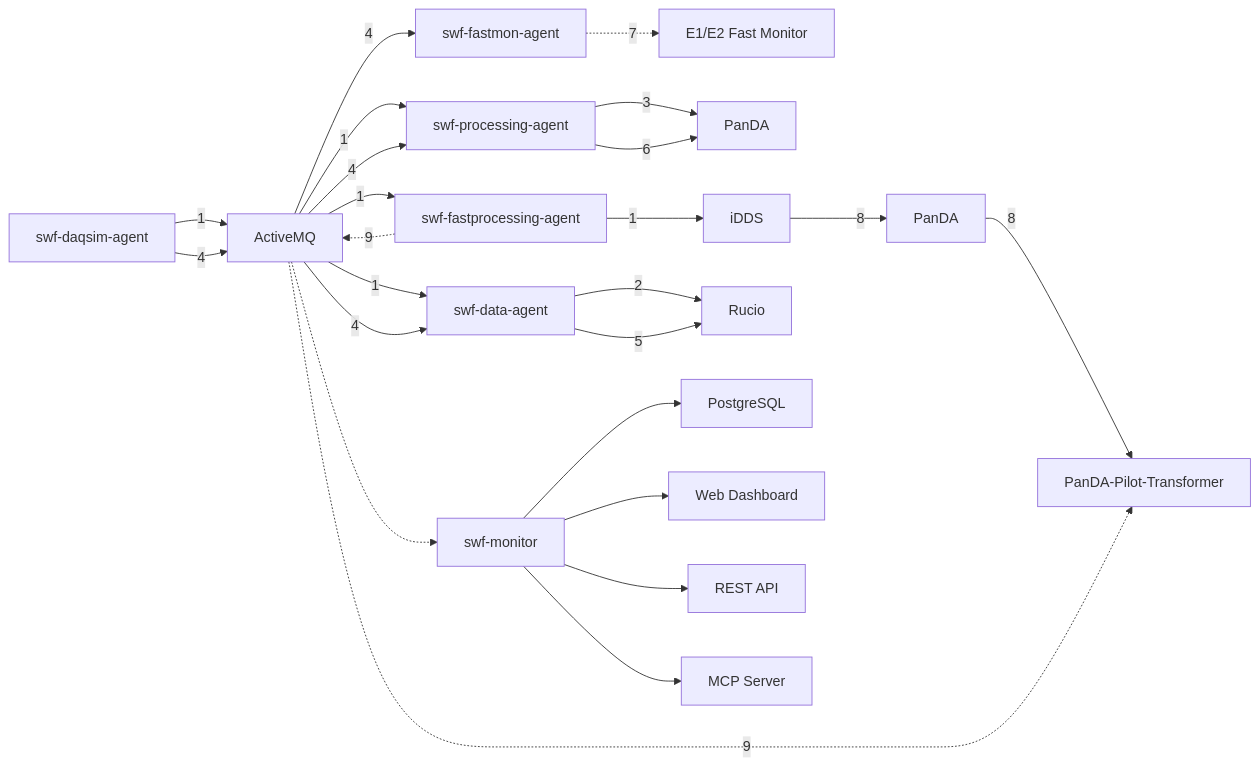
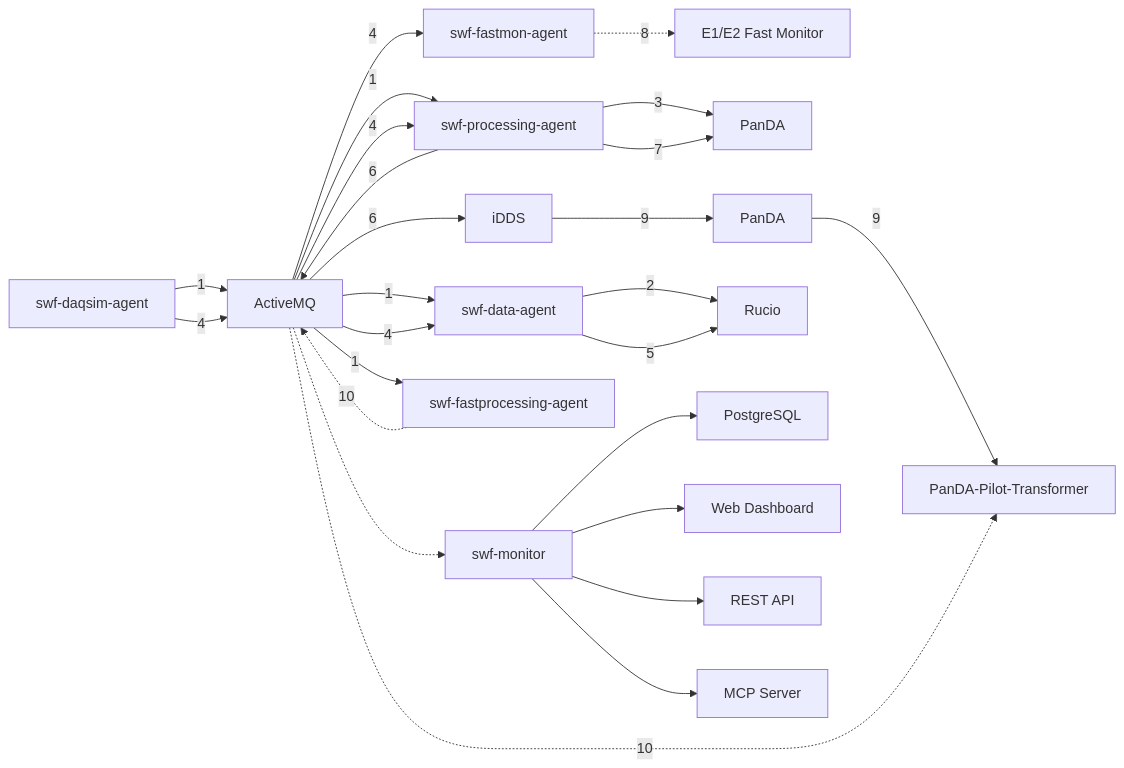
Before and after one commit to wguanicedew/documents: the second of 3 diagrams in swf-testbed/architecture.md, drawn with Mermaid.

Commit message:
Revise architecture.md for component connections
Updated architecture diagram to reflect changes in component interactions and relationships.

````diff
--- a/swf-testbed/architecture.md
+++ b/swf-testbed/architecture.md
@@ -55,48 +55,49 @@
 ```mermaid
 graph LR
     DAQ[E1/E2 Fast Monitor]
     PanDA[PanDA]
     PanDA1[PanDA]
     iDDS[iDDS]
     Pilot[PanDA-Pilot-Transformer]
     Rucio[Rucio]
     ActiveMQ[ActiveMQ]
     PostgreSQL[PostgreSQL]
     DAQSim[swf-daqsim-agent]
     DataAgent[swf-data-agent]
     ProcAgent[swf-processing-agent]
     FastMon[swf-fastmon-agent]
     FastProc[swf-fastprocessing-agent]
     Monitor[swf-monitor]
     WebUI[Web Dashboard]
     RestAPI[REST API]
     MCP[MCP Server]
 
     DAQSim -->|1| ActiveMQ
     ActiveMQ -->|1| DataAgent
     ActiveMQ -->|1| ProcAgent
     ActiveMQ -->|1| FastProc
-    FastProc -->|1| iDDS
     DataAgent -->|2| Rucio
     ProcAgent -->|3| PanDA
 
     DAQSim -->|4| ActiveMQ
     ActiveMQ -->|4| DataAgent
     ActiveMQ -->|4| ProcAgent
     ActiveMQ -->|4| FastMon
 
     DataAgent -->|5| Rucio
-    ProcAgent -->|6| PanDA
-    FastMon -.->|7| DAQ
+    ProcAgent -->|6| ActiveMQ
+    ActiveMQ -->|6| iDDS
+    ProcAgent -->|7| PanDA
+    FastMon -.->|8| DAQ
 
     ActiveMQ -.-> Monitor
     Monitor --> PostgreSQL
     Monitor --> WebUI
     Monitor --> RestAPI
     Monitor --> MCP
 
-    iDDS -->|8| PanDA1
-    PanDA1 -->|8| Pilot
-    FastProc -.->|9| ActiveMQ
-    ActiveMQ -.->|9| Pilot
+    iDDS -->|9| PanDA1
+    PanDA1 -->|9| Pilot
+    FastProc -.->|10| ActiveMQ
+    ActiveMQ -.->|10| Pilot
 ```
````
